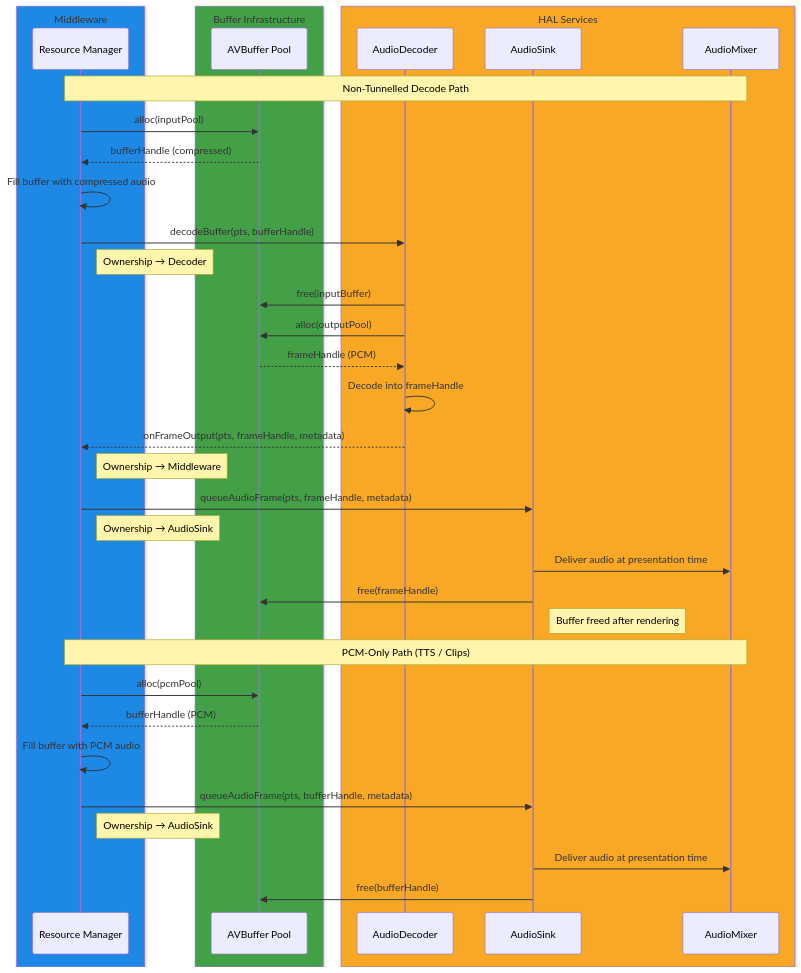
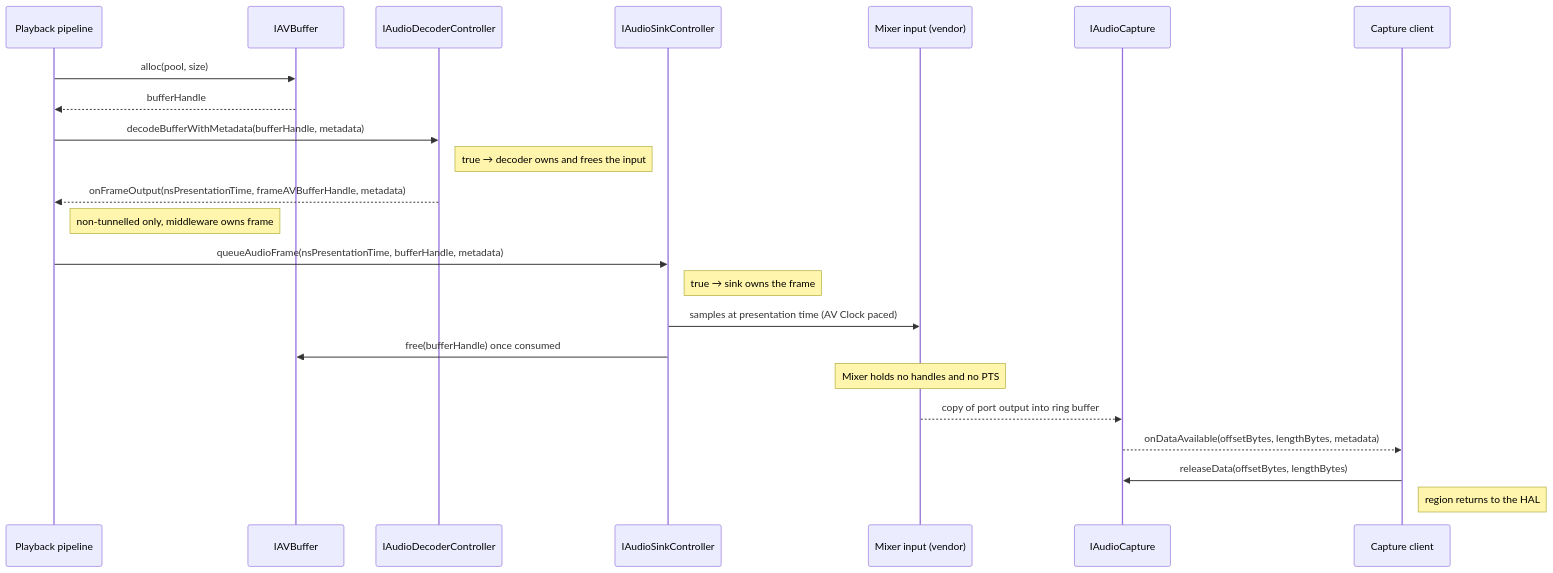
One commit to rdkcentral/rdk-halif-aidl changed the fourth of 6 diagrams in audiomixer/current/docs/audio_system_architecture.md. Above: the diagram before and after it, drawn with Mermaid. The commit also changed other lines of this file and 1 other file, not shown here.

First line of the commit message:
Update #354: architecture to the current AIDL

````diff
--- a/audiomixer/current/docs/audio_system_architecture.md
+++ b/audiomixer/current/docs/audio_system_architecture.md
@@ -134,46 +210,26 @@
 ```mermaid
 sequenceDiagram
-    box rgb(30,136,229) Middleware
-        participant MW as Resource Manager
-    end
-    box rgb(67,160,71) Buffer Infrastructure
-        participant BUF as AVBuffer Pool
-    end
-    box rgb(249,168,37) HAL Services
-        participant DEC as AudioDecoder
-        participant SINK as AudioSink
-        participant MIX as AudioMixer
-    end
+    participant MW as Playback pipeline
+    participant BUF as IAVBuffer
+    participant DEC as IAudioDecoderController
+    participant SNK as IAudioSinkController
+    participant MIX as Mixer input (vendor)
+    participant CAP as IAudioCapture
+    participant VS as Capture client
 
-    Note over MW,MIX: Non-Tunnelled Decode Path
-
-    MW->>BUF: alloc(inputPool)
-    BUF-->>MW: bufferHandle (compressed)
-    MW->>MW: Fill buffer with compressed audio
-    MW->>DEC: decodeBuffer(pts, bufferHandle)
-    Note right of MW: Ownership → Decoder
-
-    DEC->>BUF: free(inputBuffer)
-    DEC->>BUF: alloc(outputPool)
-    BUF-->>DEC: frameHandle (PCM)
-    DEC->>DEC: Decode into frameHandle
-    DEC-->>MW: onFrameOutput(pts, frameHandle, metadata)
-    Note right of MW: Ownership → Middleware
-
-    MW->>SINK: queueAudioFrame(pts, frameHandle, metadata)
-    Note right of MW: Ownership → AudioSink
-
-    SINK->>MIX: Deliver audio at presentation time
-    SINK->>BUF: free(frameHandle)
-    Note right of SINK: Buffer freed after rendering
-
-    Note over MW,MIX: PCM-Only Path (TTS / Clips)
-
-    MW->>BUF: alloc(pcmPool)
-    BUF-->>MW: bufferHandle (PCM)
-    MW->>MW: Fill buffer with PCM audio
-    MW->>SINK: queueAudioFrame(pts, bufferHandle, metadata)
-    Note right of MW: Ownership → AudioSink
-    SINK->>MIX: Deliver audio at presentation time
-    SINK->>BUF: free(bufferHandle)
+    MW->>BUF: alloc(pool, size)
+    BUF-->>MW: bufferHandle
+    MW->>DEC: decodeBufferWithMetadata(bufferHandle, metadata)
+    Note right of DEC: true → decoder owns and frees the input
+    DEC-->>MW: onFrameOutput(nsPresentationTime, frameAVBufferHandle, metadata)
+    Note right of MW: non-tunnelled only, middleware owns frame
+    MW->>SNK: queueAudioFrame(nsPresentationTime, bufferHandle, metadata)
+    Note right of SNK: true → sink owns the frame
+    SNK->>MIX: samples at presentation time (AV Clock paced)
+    SNK->>BUF: free(bufferHandle) once consumed
+    Note over MIX: Mixer holds no handles and no PTS
+    MIX-->>CAP: copy of port output into ring buffer
+    CAP-->>VS: onDataAvailable(offsetBytes, lengthBytes, metadata)
+    VS->>CAP: releaseData(offsetBytes, lengthBytes)
+    Note right of VS: region returns to the HAL
 ```
````
